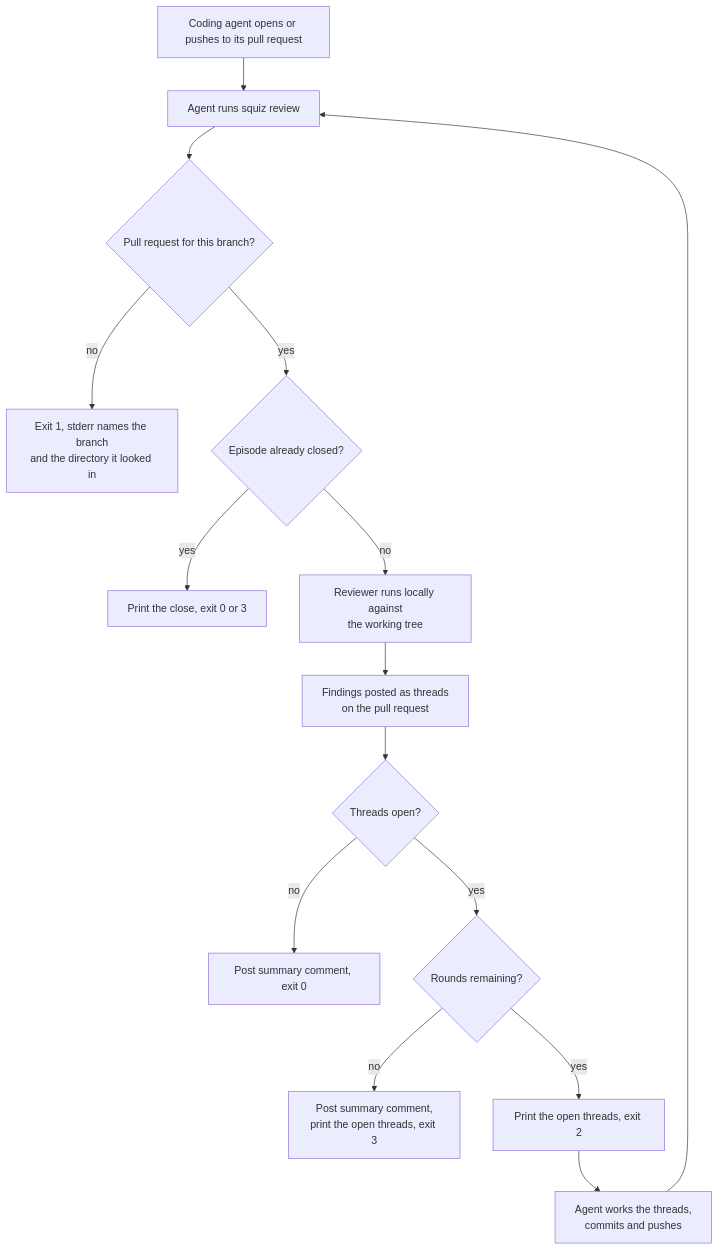
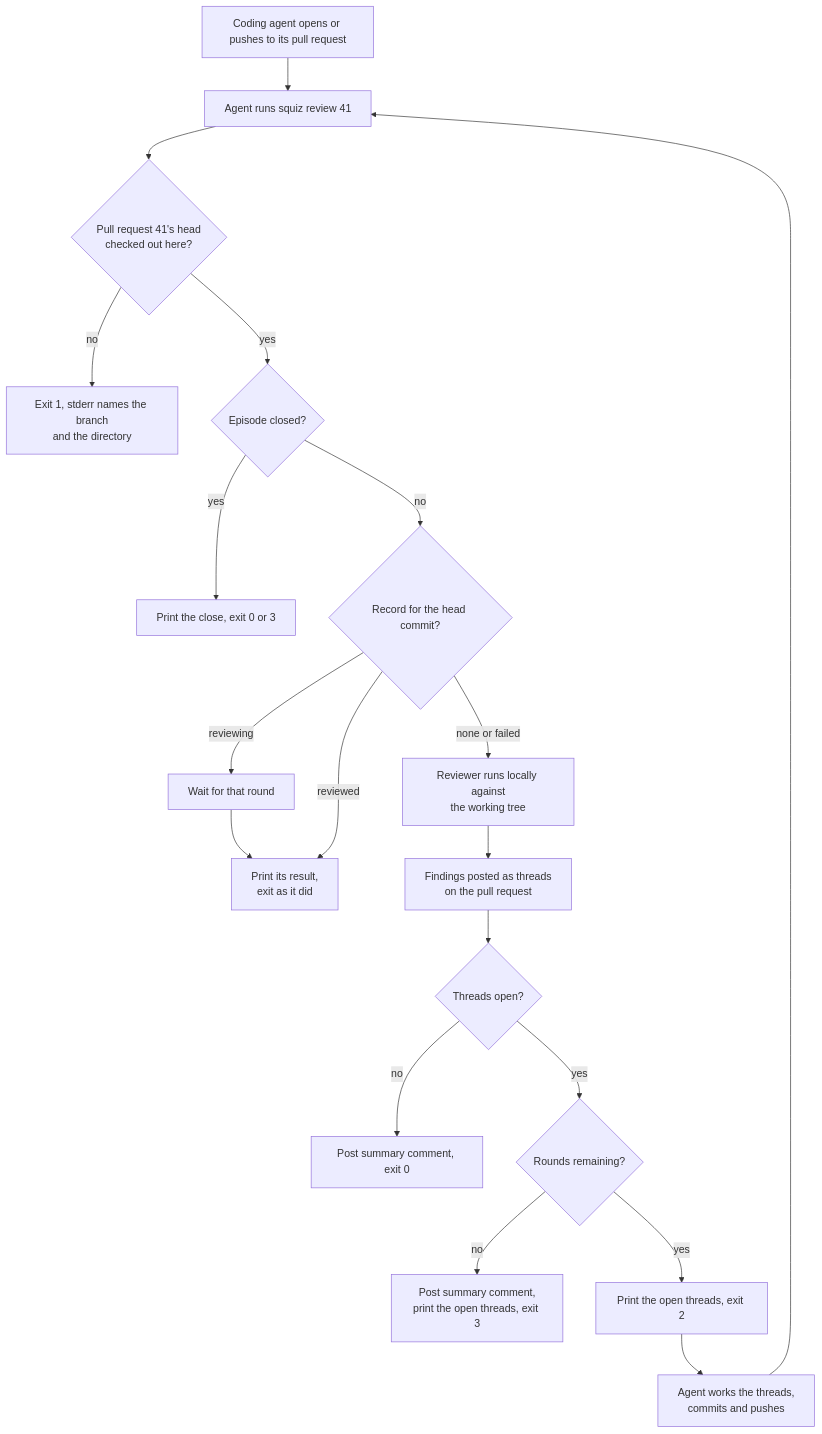
One commit to jacygao/squiz changed the first of 2 diagrams in docs/specs/review-harness-spec.md. Above: the diagram before and after it, drawn with Mermaid. The commit also changed other lines of this file and 1 other file, not shown here.

First line of the commit message:
Make squiz review the one entry point, keep the hook as a trigger, and post a round's failure

````diff
--- a/docs/specs/review-harness-spec.md
+++ b/docs/specs/review-harness-spec.md
@@ -187,17 +215,21 @@
 ```mermaid
 flowchart TD
-    A[Coding agent opens or pushes to its pull request] --> B[Agent runs squiz review]
-    B --> C{Pull request for this branch?}
-    C -->|no| L[Exit 1, stderr names the branch<br/>and the directory it looked in]
-    C -->|yes| K{Episode already closed?}
+    A[Coding agent opens or pushes to its pull request] --> B[Agent runs squiz review 41]
+    B --> C{Pull request 41's head<br/>checked out here?}
+    C -->|no| L[Exit 1, stderr names the branch<br/>and the directory]
+    C -->|yes| K{Episode closed?}
     K -->|yes| D[Print the close, exit 0 or 3]
-    K -->|no| E[Reviewer runs locally against<br/>the working tree]
+    K -->|no| R{Record for the head commit?}
+    R -->|reviewing| W[Wait for that round]
+    W --> P
+    R -->|reviewed| P[Print its result,<br/>exit as it did]
+    R -->|none or failed| E[Reviewer runs locally against<br/>the working tree]
     E --> F[Findings posted as threads<br/>on the pull request]
     F --> G{Threads open?}
     G -->|no| I[Post summary comment, exit 0]
     G -->|yes| H{Rounds remaining?}
     H -->|no| J[Post summary comment,<br/>print the open threads, exit 3]
     H -->|yes| M[Print the open threads, exit 2]
     M --> N[Agent works the threads,<br/>commits and pushes]
     N --> B
 ```
````
